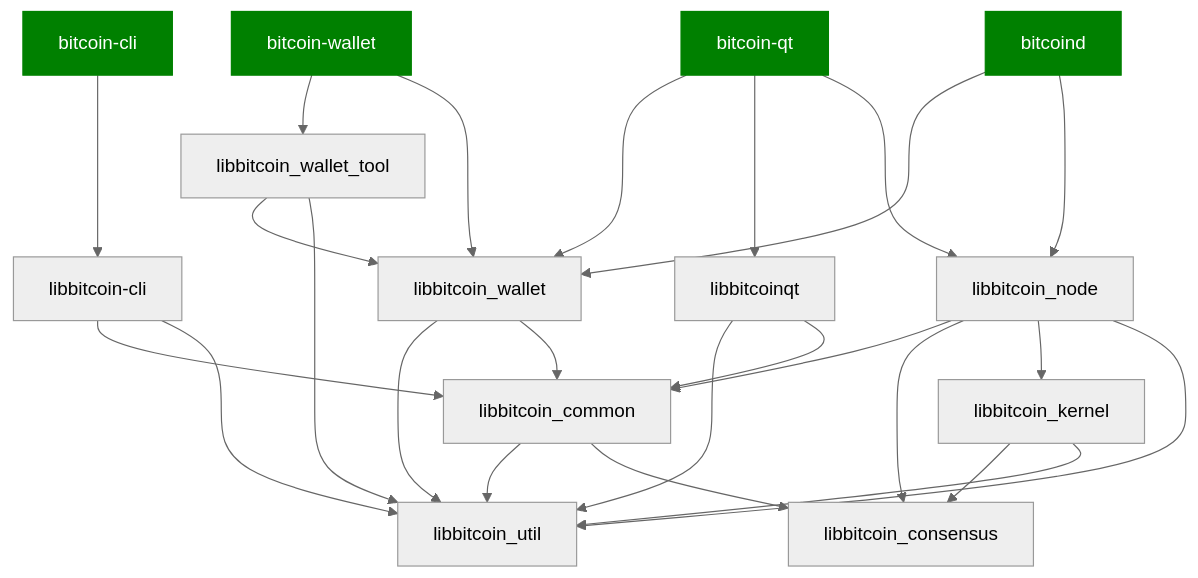
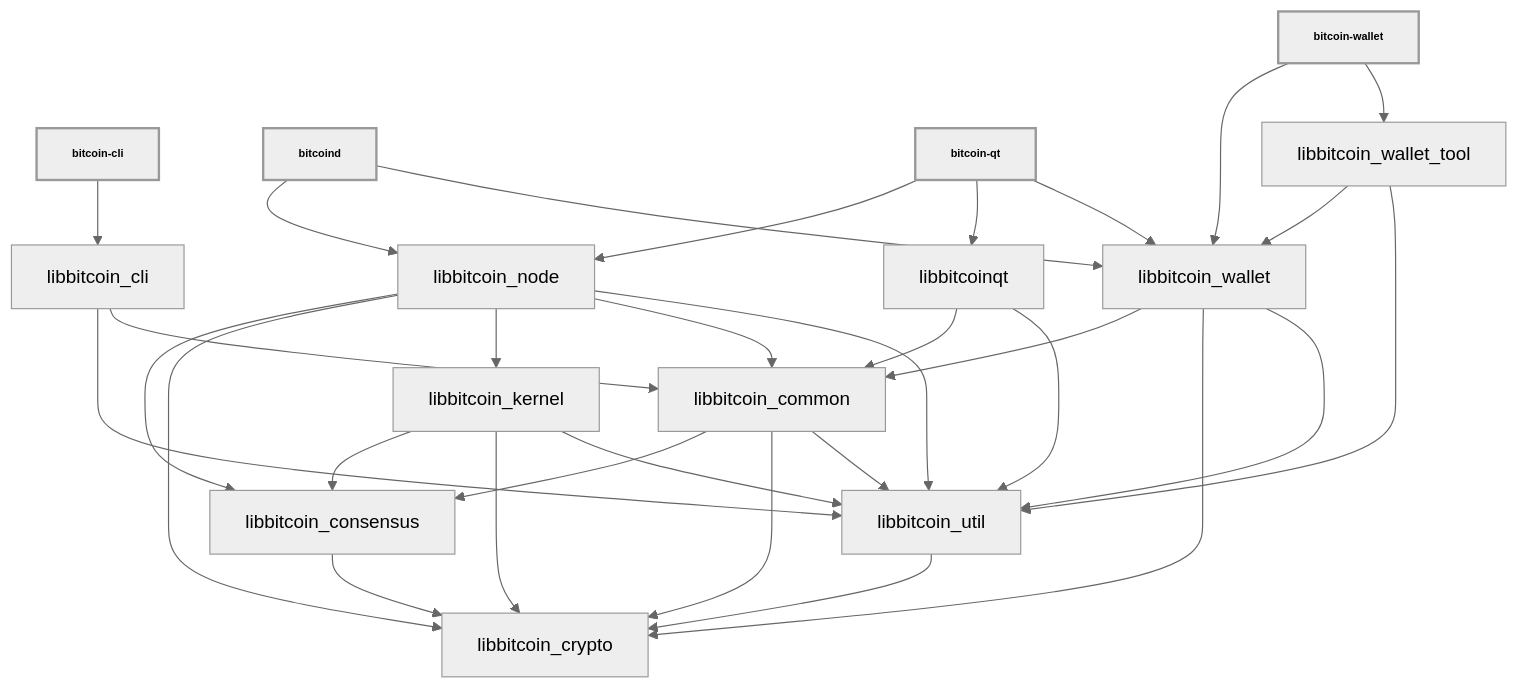
Before and after one commit to chaincodelabs/onboarding-to-bitcoin-core: the diagram in library-structure.adoc, drawn with Mermaid (neutral theme). The commit also changed other lines of this file, not shown here.

Commit message:
[Library] Update dependencies graph and typo about libraries links description
In this commit, I've updated the dependency graph to the Bitcoin 29.0 (The actual maintained version for bitcoin Core). This graph show the entire dependencies links between various library of the code base structure.

````diff
--- a/library-structure.adoc
+++ b/library-structure.adoc
@@ -15,41 +12,52 @@
-[mermaid, target=bitcoin-lib-dependencies]
-....
-flowchart TB
-    bitcoin-wallet --> libbitcoin_wallet_tool
-    bitcoin-wallet --> libbitcoin_wallet
+```mermaid
 
-    bitcoin-qt ---> libbitcoin_wallet
-    bitcoin-qt ---> libbitcoinqt
-    bitcoin-qt ---> libbitcoin_node
+%%{ init : { "flowchart" : { "curve" : "basis" }}}%%
 
-    bitcoind ---> libbitcoin_wallet
-    bitcoind --> libbitcoin_node
+graph TD;
 
-    bitcoin-cli ---> libbitcoin-cli
+bitcoin-cli[bitcoin-cli]-->libbitcoin_cli;
 
-    libbitcoin_wallet_tool --> libbitcoin_wallet
-    libbitcoin_wallet_tool --> libbitcoin_util
+bitcoind[bitcoind]-->libbitcoin_node;
+bitcoind[bitcoind]-->libbitcoin_wallet;
 
-    libbitcoin-cli --> libbitcoin_common
-    libbitcoin-cli --> libbitcoin_util
+bitcoin-qt[bitcoin-qt]-->libbitcoin_node;
+bitcoin-qt[bitcoin-qt]-->libbitcoinqt;
+bitcoin-qt[bitcoin-qt]-->libbitcoin_wallet;
 
-    libbitcoin_node --> libbitcoin_common
-    libbitcoin_node --> libbitcoin_consensus
-    libbitcoin_node --> libbitcoin_kernel
-    libbitcoin_node --> libbitcoin_util
+bitcoin-wallet[bitcoin-wallet]-->libbitcoin_wallet;
+bitcoin-wallet[bitcoin-wallet]-->libbitcoin_wallet_tool;
 
-    libbitcoinqt --> libbitcoin_util
-    libbitcoinqt --> libbitcoin_common
+libbitcoin_cli-->libbitcoin_util;
+libbitcoin_cli-->libbitcoin_common;
 
-    libbitcoin_wallet --> libbitcoin_util
-    libbitcoin_wallet --> libbitcoin_common
+libbitcoin_consensus-->libbitcoin_crypto;
 
-    libbitcoin_common --> libbitcoin_util
-    libbitcoin_common --> libbitcoin_consensus
+libbitcoin_common-->libbitcoin_consensus;
+libbitcoin_common-->libbitcoin_crypto;
+libbitcoin_common-->libbitcoin_util;
 
-    libbitcoin_kernel --> libbitcoin_consensus
-    libbitcoin_kernel --> libbitcoin_util
+libbitcoin_kernel-->libbitcoin_consensus;
+libbitcoin_kernel-->libbitcoin_crypto;
+libbitcoin_kernel-->libbitcoin_util;
 
-    classDef types fill:green,color:white,stroke:green;
-    class bitcoin-wallet,bitcoind,bitcoin-cli,bitcoin-qt types
-....
+libbitcoin_node-->libbitcoin_consensus;
+libbitcoin_node-->libbitcoin_crypto;
+libbitcoin_node-->libbitcoin_kernel;
+libbitcoin_node-->libbitcoin_common;
+libbitcoin_node-->libbitcoin_util;
+
+libbitcoinqt-->libbitcoin_common;
+libbitcoinqt-->libbitcoin_util;
+
+libbitcoin_util-->libbitcoin_crypto;
+
+libbitcoin_wallet-->libbitcoin_common;
+libbitcoin_wallet-->libbitcoin_crypto;
+libbitcoin_wallet-->libbitcoin_util;
+
+libbitcoin_wallet_tool-->libbitcoin_wallet;
+libbitcoin_wallet_tool-->libbitcoin_util;
+
+classDef bold stroke-width:2px, font-weight:bold, font-size: smaller;
+class bitcoin-qt,bitcoind,bitcoin-cli,bitcoin-wallet bold
+```
````
